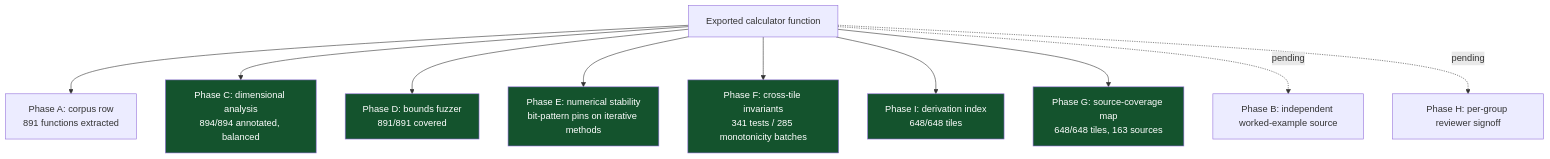
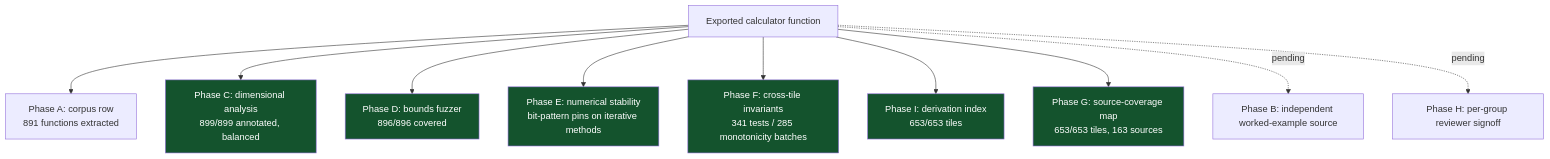
Before and after one commit to clay-good/roughlogic.com: the sixth of 8 diagrams in README.md, drawn with Mermaid. The commit also changed other lines of this file and 20 other files, not shown here.

````diff
--- a/README.md
+++ b/README.md
@@ -474,18 +474,18 @@
 ```mermaid
 flowchart TB
     F[Exported calculator function] --> A[Phase A: corpus row\n891 functions extracted]
-    F --> C[Phase C: dimensional analysis\n894/894 annotated, balanced]
-    F --> D[Phase D: bounds fuzzer\n891/891 covered]
+    F --> C[Phase C: dimensional analysis\n899/899 annotated, balanced]
+    F --> D[Phase D: bounds fuzzer\n896/896 covered]
     F --> E[Phase E: numerical stability\nbit-pattern pins on iterative methods]
     F --> Fa[Phase F: cross-tile invariants\n341 tests / 285 monotonicity batches]
-    F --> I[Phase I: derivation index\n648/648 tiles]
-    F --> G[Phase G: source-coverage map\n648/648 tiles, 163 sources]
+    F --> I[Phase I: derivation index\n653/653 tiles]
+    F --> G[Phase G: source-coverage map\n653/653 tiles, 163 sources]
     F -.pending.-> B[Phase B: independent worked-example source]
     F -.pending.-> H[Phase H: per-group reviewer signoff]
     style C fill:#14532d,color:#fff
     style D fill:#14532d,color:#fff
     style E fill:#14532d,color:#fff
     style Fa fill:#14532d,color:#fff
     style G fill:#14532d,color:#fff
     style I fill:#14532d,color:#fff
 ```
````
